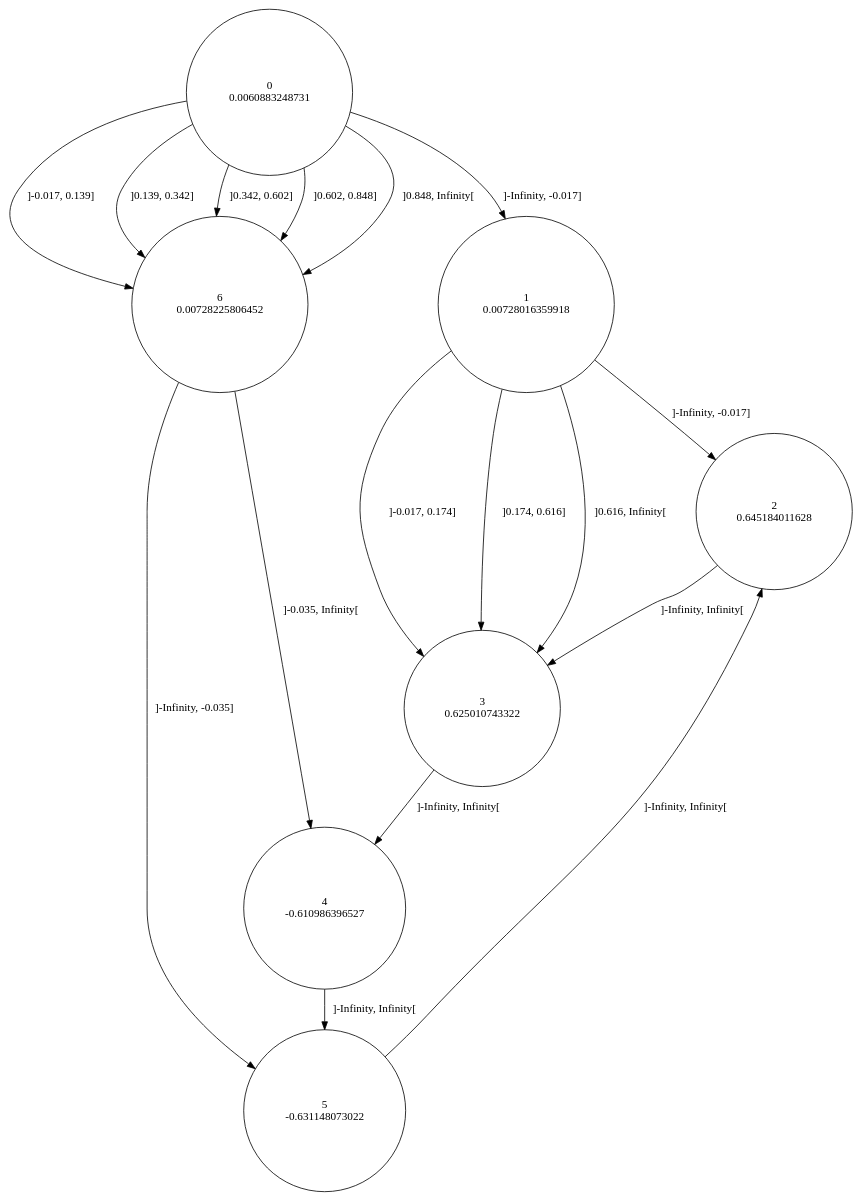
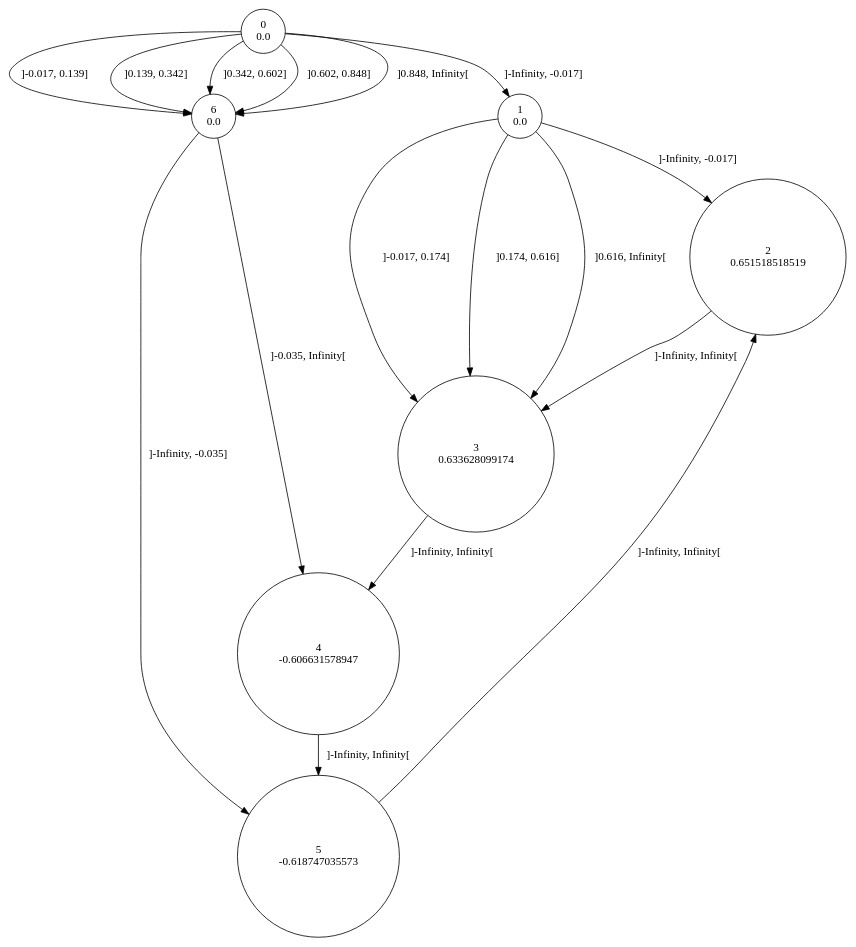
Before and after one commit to gllpellegrino/RAI_experiments: the diagram in sinus/data/2/rtitm.dot, drawn with Graphviz. The commit also changed 148 other files, not shown here.

```diff
--- a/sinus/data/2/rtitm.dot
+++ b/sinus/data/2/rtitm.dot
@@ -1,25 +1,25 @@
 digraph a {
-0 [shape=circle, label="0\n0.0060883248731"];
+0 [shape=circle, label="0\n0.0"];
 	0 -> 1 [label="]-Infinity, -0.017]"];
 	0 -> 6 [label="]-0.017, 0.139]"];
 	0 -> 6 [label="]0.139, 0.342]"];
 	0 -> 6 [label="]0.342, 0.602]"];
 	0 -> 6 [label="]0.602, 0.848]"];
 	0 -> 6 [label="]0.848, Infinity["];
-1 [shape=circle, label="1\n0.00728016359918"];
+1 [shape=circle, label="1\n0.0"];
 	1 -> 2 [label="]-Infinity, -0.017]"];
 	1 -> 3 [label="]-0.017, 0.174]"];
 	1 -> 3 [label="]0.174, 0.616]"];
 	1 -> 3 [label="]0.616, Infinity["];
-2 [shape=circle, label="2\n0.645184011628"];
+2 [shape=circle, label="2\n0.651518518519"];
 	2 -> 3 [label="]-Infinity, Infinity["];
-3 [shape=circle, label="3\n0.625010743322"];
+3 [shape=circle, label="3\n0.633628099174"];
 	3 -> 4 [label="]-Infinity, Infinity["];
-4 [shape=circle, label="4\n-0.610986396527"];
+4 [shape=circle, label="4\n-0.606631578947"];
 	4 -> 5 [label="]-Infinity, Infinity["];
-5 [shape=circle, label="5\n-0.631148073022"];
+5 [shape=circle, label="5\n-0.618747035573"];
 	5 -> 2 [label="]-Infinity, Infinity["];
-6 [shape=circle, label="6\n0.00728225806452"];
+6 [shape=circle, label="6\n0.0"];
 	6 -> 5 [label="]-Infinity, -0.035]"];
 	6 -> 4 [label="]-0.035, Infinity["];
 }
```
